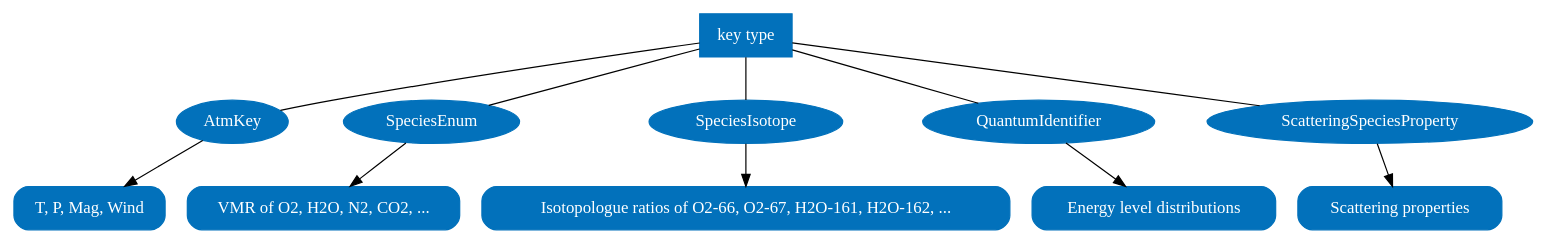
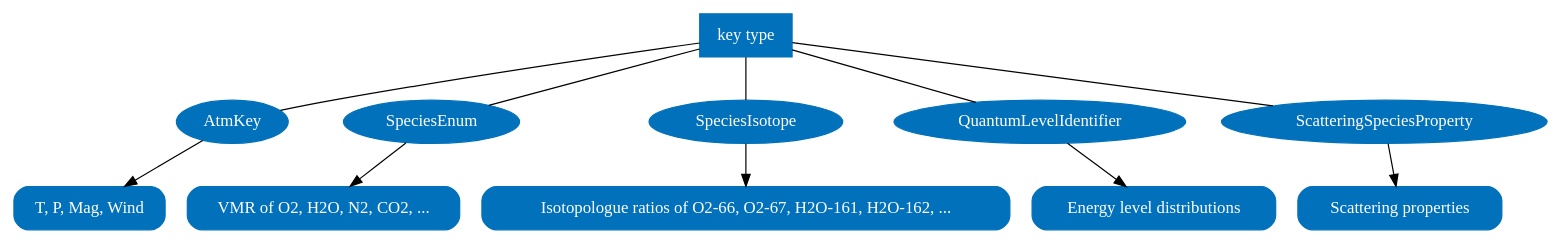
The third of 4 diagrams in doc/arts/user.atmospheric_field.rst (atmtools/arts), drawn with Graphviz before and after one commit. The commit also changed other lines of this file and 10 other files, not shown here.

```diff
--- a/doc/arts/user.atmospheric_field.rst
+++ b/doc/arts/user.atmospheric_field.rst
@@ -154,29 +154,29 @@
 .. graphviz::
 
   digraph g {
     bgcolor="#00000000";
     rankdir = "TD";
     ratio = auto;
     node [ color = "#0271BB" fontcolor = "white" style = "filled,rounded" shape = "rectangle" ];
     "a0" [ label = "key type" style = "filled" ];
     "b0" [ label = "AtmKey" shape = "ellipse" ];
     "b1" [ label = "SpeciesEnum" shape = "ellipse" ];
     "b2" [ label = "SpeciesIsotope" shape = "ellipse" ];
-    "b3" [ label = "QuantumIdentifier" shape = "ellipse" ];
+    "b3" [ label = "QuantumLevelIdentifier" shape = "ellipse" ];
     "b4" [ label = "ScatteringSpeciesProperty" shape = "ellipse" ];
     "c0" [ label = "T, P, Mag, Wind" ];
     "c1" [ label = "VMR of O2, H2O, N2, CO2, ..." ];
     "c2" [ label = "Isotopologue ratios of O2-66, O2-67, H2O-161, H2O-162, ..." ];
     "c3" [ label = "Energy level distributions" ];
     "c4" [ label = "Scattering properties" ];
     a0 -> b0 [ arrowhead = "none" ];
     a0 -> b1 [ arrowhead = "none" ];
     a0 -> b2 [ arrowhead = "none" ];
     a0 -> b3 [ arrowhead = "none" ];
     a0 -> b4 [ arrowhead = "none" ];
     b0 -> c0;
     b1 -> c1;
     b2 -> c2;
     b3 -> c3;
     b4 -> c4;
   }
```
